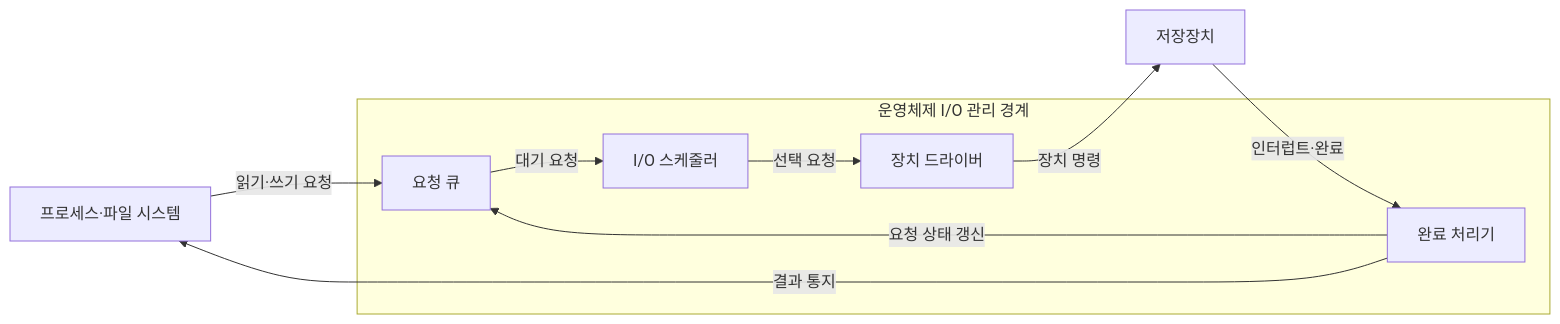
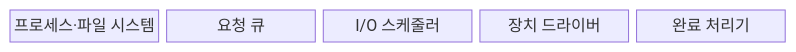
One commit to agnusdei1207/knowledge-base changed the first of 2 diagrams in src/content/docs/notes/03-software/022_io_management_disk_scheduling.md. Above: the diagram before and after it, drawn with Mermaid. The commit also changed other lines of this file and 20 other files, not shown here.

````diff
--- a/src/content/docs/notes/03-software/022_io_management_disk_scheduling.md
+++ b/src/content/docs/notes/03-software/022_io_management_disk_scheduling.md
@@ -72,18 +70,9 @@
 ```mermaid
-flowchart LR
-    P[프로세스·파일 시스템]
-    V[저장장치]
-    subgraph OS[운영체제 I/O 관리 경계]
-        Q[요청 큐]
-        S[I/O 스케줄러]
-        D[장치 드라이버]
-        C[완료 처리기]
-        Q -->|대기 요청| S
-        S -->|선택 요청| D
-        C -->|요청 상태 갱신| Q
-    end
-    P -->|읽기·쓰기 요청| Q
-    D -->|장치 명령| V
-    V -->|인터럽트·완료| C
-    C -->|결과 통지| P
+block
+  columns 5
+  P["프로세스·파일 시스템"]
+  Q["요청 큐"]
+  S["I/O 스케줄러"]
+  D["장치 드라이버"]
+  C["완료 처리기"]
 ```
````
